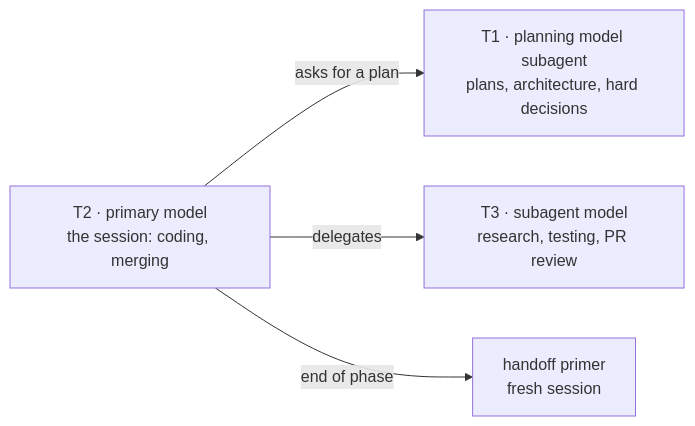
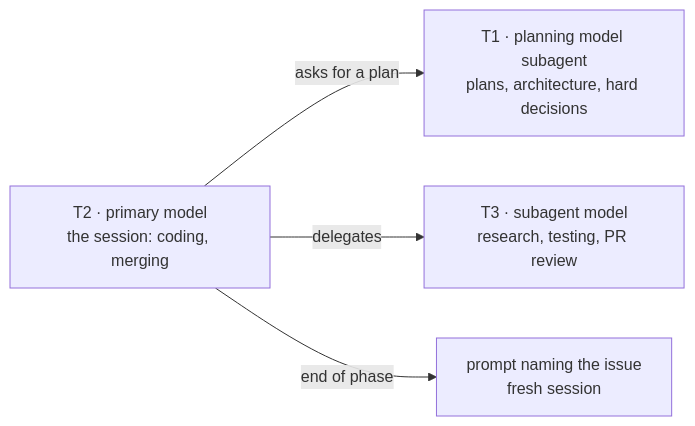
The second of 2 diagrams in README.md (mattsilv/harness), drawn with Mermaid before and after one commit. The commit also changed other lines of this file and 4 other files, not shown here.

````diff
--- a/README.md
+++ b/README.md
@@ -60,6 +61,6 @@
 ```mermaid
 flowchart LR
   T2["T2 · primary model<br>the session: coding, merging"] -->|asks for a plan| T1["T1 · planning model subagent<br>plans, architecture, hard decisions"]
   T2 -->|delegates| T3["T3 · subagent model<br>research, testing, PR review"]
-  T2 -->|end of phase| H["handoff primer<br>fresh session"]
+  T2 -->|end of phase| H["prompt naming the issue<br>fresh session"]
 ```
````
